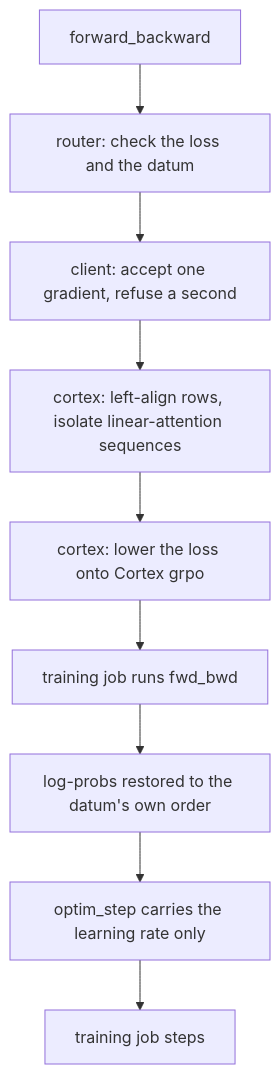
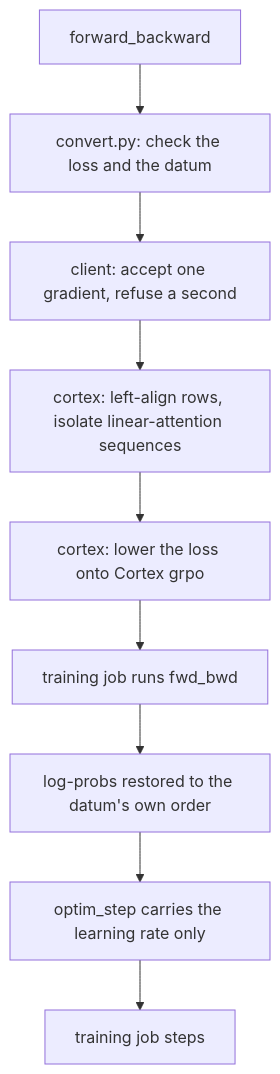
Before and after one commit to Snowflake-AI-Research/Arctic-Platform: the second of 2 diagrams in arctic_platform/integrations/tinker/README.md, drawn with Mermaid. The commit also changed other lines of this file and 9 other files, not shown here.

````diff
--- a/arctic_platform/integrations/tinker/README.md
+++ b/arctic_platform/integrations/tinker/README.md
@@ -38,11 +39,11 @@
 ```mermaid
 flowchart TD
-  A["forward_backward"] --> B["router: check the loss and the datum"]
+  A["forward_backward"] --> B["convert.py: check the loss and the datum"]
   B --> C["client: accept one gradient, refuse a second"]
   C --> D["cortex: left-align rows, isolate linear-attention sequences"]
   D --> E["cortex: lower the loss onto Cortex grpo"]
   E --> F["training job runs fwd_bwd"]
   F --> G["log-probs restored to the datum's own order"]
   G --> H["optim_step carries the learning rate only"]
   H --> I["training job steps"]
 ```
````
